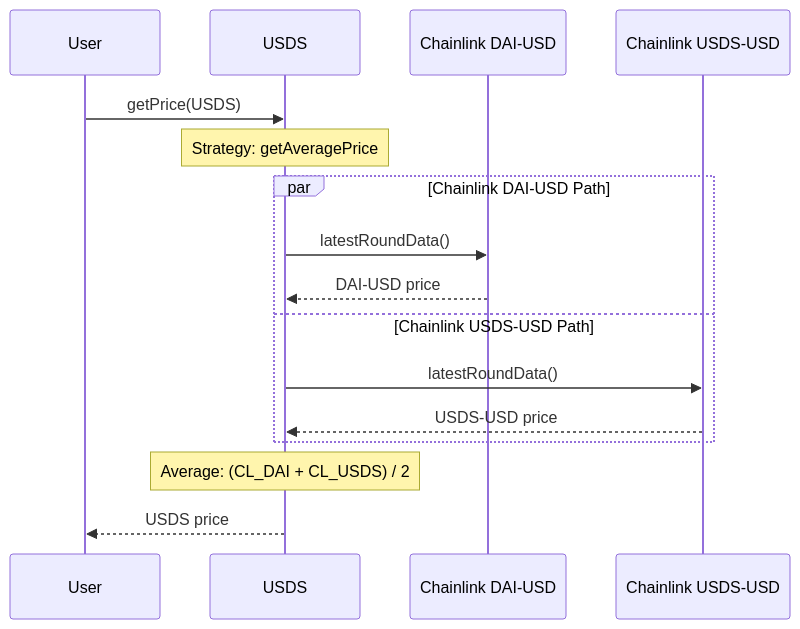
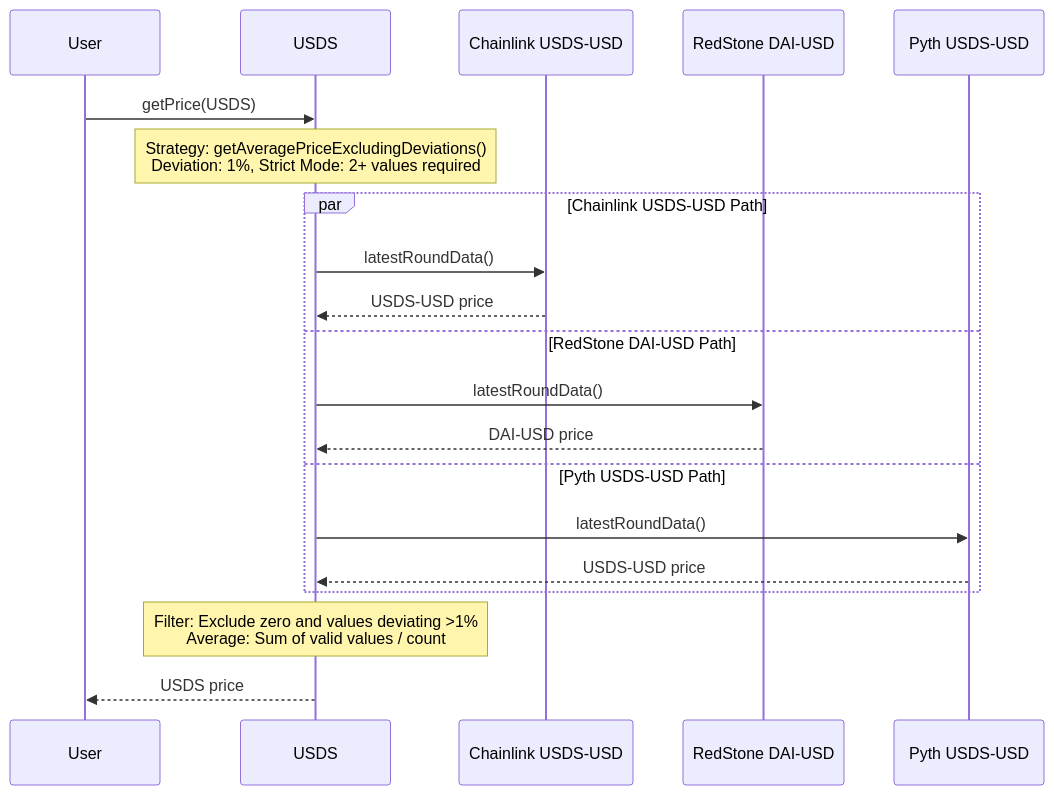
One commit to OlympusDAO/olympus-v3 changed the second of 3 diagrams in documentation/price.md. Above: the diagram before and after it, drawn with Mermaid. The commit also changed other lines of this file, not shown here.

Commit message:
docs: update configuration with Pyth price feeds and use of getAverageExcludingDeviations

````diff
--- a/documentation/price.md
+++ b/documentation/price.md
@@ -58,22 +70,26 @@
 ```mermaid
 sequenceDiagram
     participant User
     participant USDS
-    participant CL_DAI as Chainlink DAI-USD
     participant CL_USDS as Chainlink USDS-USD
+    participant RS_DAI as RedStone DAI-USD
+    participant Pyth_USDS as Pyth USDS-USD
 
     User->>USDS: getPrice(USDS)
 
-    Note over USDS: Strategy: getAveragePrice
+    Note over USDS: Strategy: getAveragePriceExcludingDeviations()<br/>Deviation: 1%, Strict Mode: 2+ values required
 
-    par Chainlink DAI-USD Path
-        USDS->>CL_DAI: latestRoundData()
-        CL_DAI-->>USDS: DAI-USD price
-    and Chainlink USDS-USD Path
+    par Chainlink USDS-USD Path
         USDS->>CL_USDS: latestRoundData()
         CL_USDS-->>USDS: USDS-USD price
+    and RedStone DAI-USD Path
+        USDS->>RS_DAI: latestRoundData()
+        RS_DAI-->>USDS: DAI-USD price
+    and Pyth USDS-USD Path
+        USDS->>Pyth_USDS: latestRoundData()
+        Pyth_USDS-->>USDS: USDS-USD price
     end
 
-    Note over USDS: Average: (CL_DAI + CL_USDS) / 2
+    Note over USDS: Filter: Exclude zero and values deviating >1%<br/>Average: Sum of valid values / count
     USDS-->>User: USDS price
 ```
````
